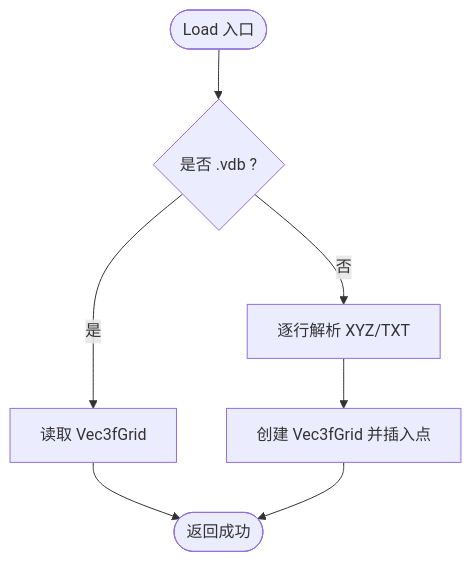
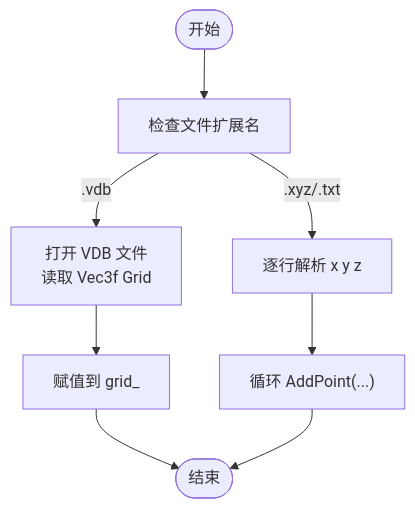
Before and after one commit to hsmbanlance/HsBaSlicer: the fourth of 8 diagrams in .qoder/repowiki/zh/content/核心概念/模型抽象接口/点云模型实现.md, drawn with Mermaid. The commit also changed other lines of this file and 1135 other files, not shown here.

````diff
--- a/.qoder/repowiki/zh/content/核心概念/模型抽象接口/点云模型实现.md
+++ b/.qoder/repowiki/zh/content/核心概念/模型抽象接口/点云模型实现.md
@@ -193,9 +183,10 @@
 ```mermaid
 flowchart TD
-Start(["Load 入口"]) --> CheckExt{"是否 .vdb ?"}
-CheckExt --> |是| ReadVDB["读取 Vec3fGrid"]
-CheckExt --> |否| ReadXYZ["逐行解析 XYZ/TXT"]
-ReadVDB --> Done(["返回成功"])
-ReadXYZ --> BuildGrid["创建 Vec3fGrid 并插入点"]
-BuildGrid --> Done
+Start(["开始"]) --> CheckExt["检查文件扩展名"]
+CheckExt --> |".vdb"| ReadVDB["打开 VDB 文件<br/>读取 Vec3f Grid"]
+CheckExt --> |".xyz/.txt"| ParseXYZ["逐行解析 x y z"]
+ReadVDB --> AssignGrid["赋值到 grid_"]
+ParseXYZ --> InsertPoints["循环 AddPoint(...)"]
+AssignGrid --> Done(["结束"])
+InsertPoints --> Done
 ```
````
